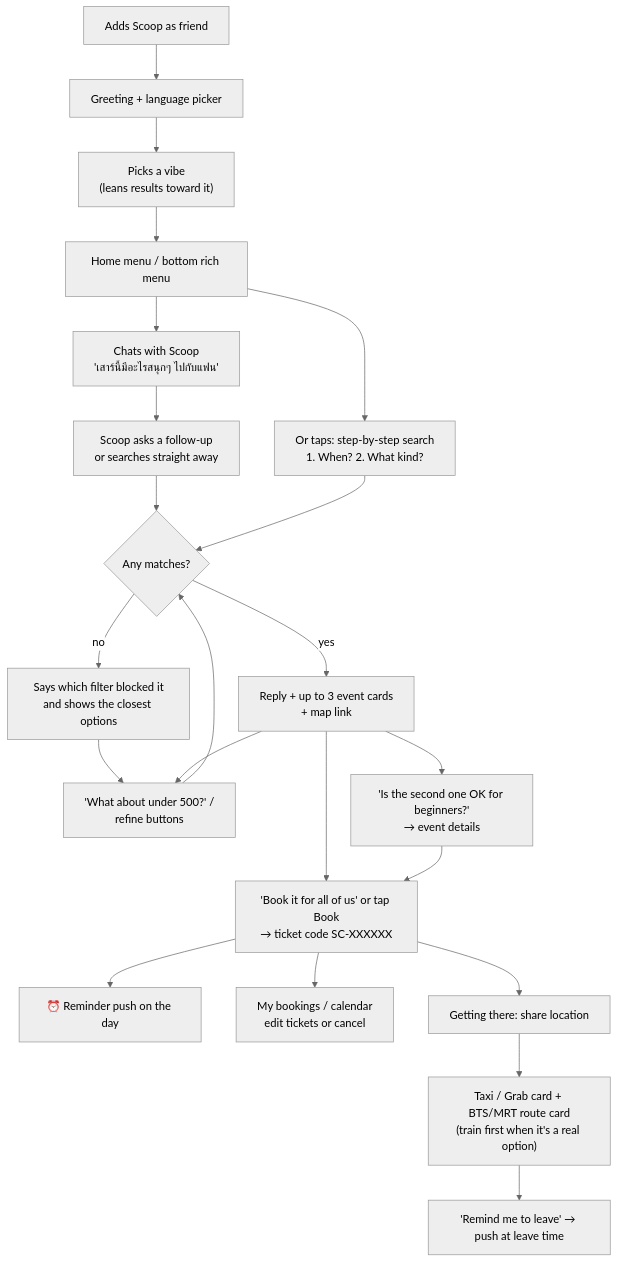
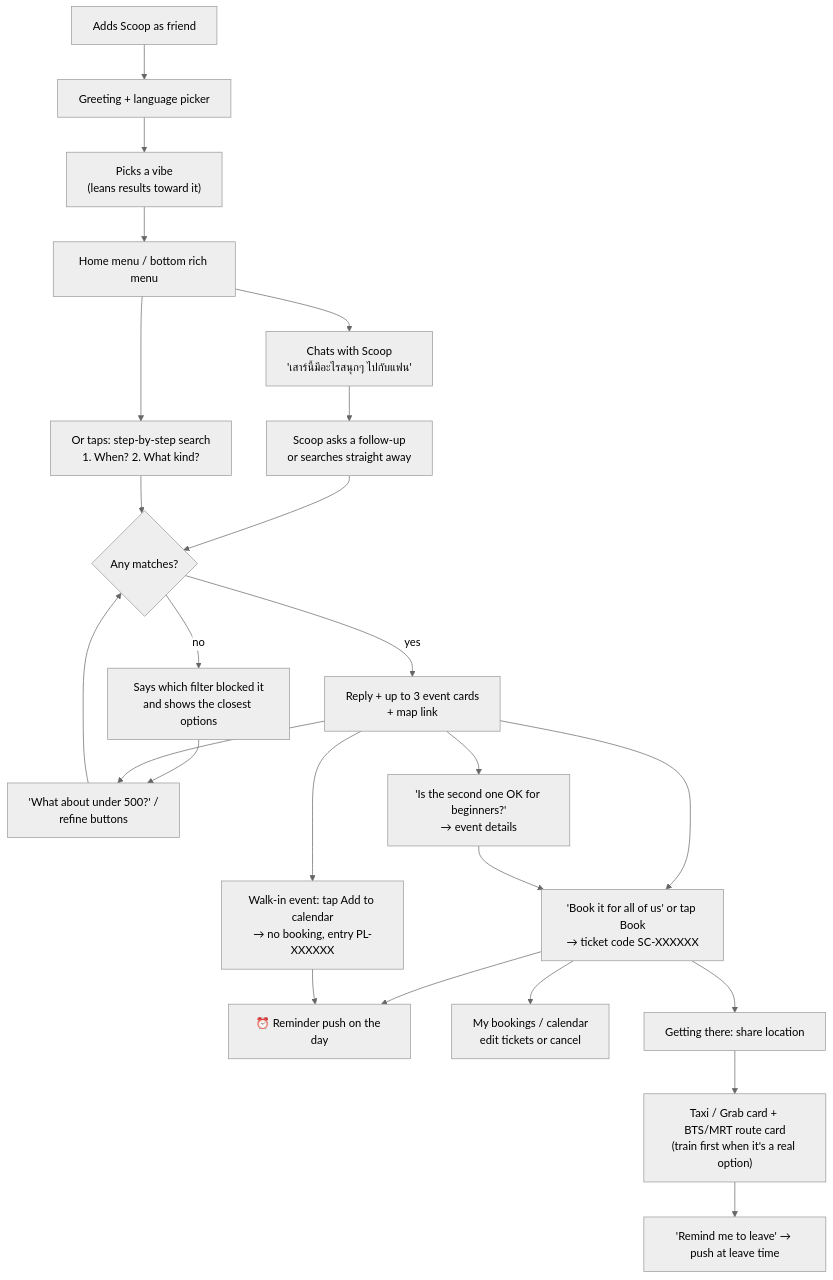
One commit to chanontungngeon/scoop-project changed the second of 3 diagrams in README.md. Above: the diagram before and after it, drawn with Mermaid (neutral theme). The commit also changed other lines of this file and 57 other files, not shown here.

````diff
--- a/README.md
+++ b/README.md
@@ -219,28 +228,30 @@
 ```mermaid
 flowchart TD
   F["Adds Scoop as friend"] --> G["Greeting + language picker"]
   G --> V["Picks a vibe<br/>(leans results toward it)"]
   V --> M["Home menu / bottom rich menu"]
 
   M --> A["Chats with Scoop<br/>'เสาร์นี้มีอะไรสนุกๆ ไปกับแฟน'"]
   M --> W["Or taps: step-by-step search<br/>1. When?  2. What kind?"]
   A --> Q2["Scoop asks a follow-up<br/>or searches straight away"]
   Q2 --> RES
   W --> RES
 
   RES{"Any matches?"}
   RES -- yes --> C["Reply + up to 3 event cards<br/>+ map link"]
   RES -- no --> N["Says which filter blocked it<br/>and shows the closest options"]
   N --> RF["'What about under 500?' /<br/>refine buttons"]
   C --> RF
   C --> ASK["'Is the second one OK for beginners?'<br/>→ event details"]
   RF --> RES
 
   C --> B["'Book it for all of us' or tap Book<br/>→ ticket code SC-XXXXXX"]
+  C --> PL["Walk-in event: tap Add to calendar<br/>→ no booking, entry PL-XXXXXX"]
   ASK --> B
   B --> REM["⏰ Reminder push on the day"]
+  PL --> REM
   B --> MB["My bookings / calendar<br/>edit tickets or cancel"]
   B --> L["Getting there: share location"]
   L --> T["Taxi / Grab card + BTS/MRT route card<br/>(train first when it's a real option)"]
   T --> LV["'Remind me to leave' → push at leave time"]
 ```
````
